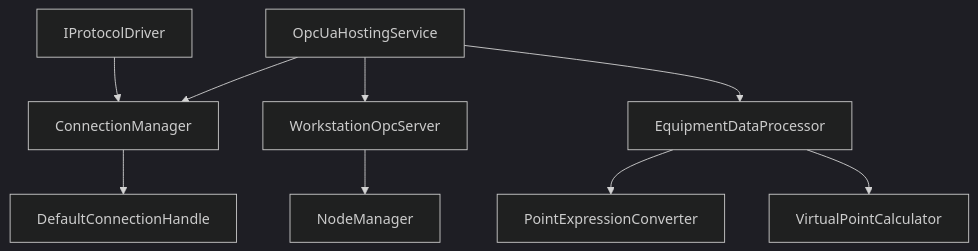
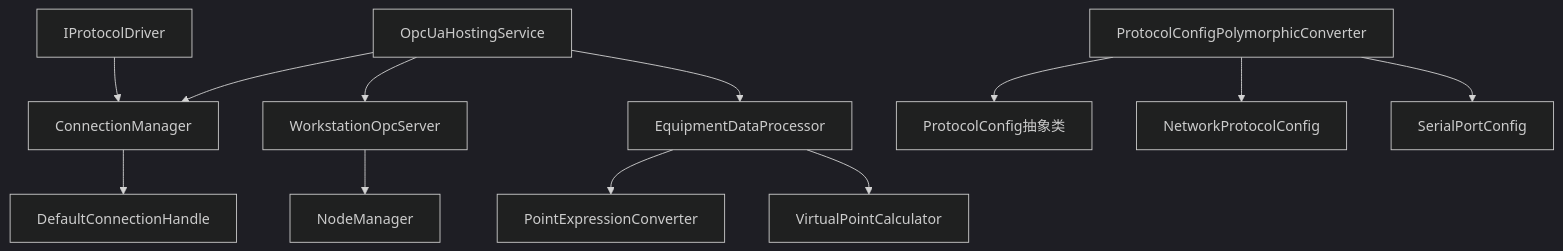
One commit to whitemousetl/IndustrialDataSolution changed the ninth of 9 diagrams in .qoder/repowiki/zh/content/基础设施层.md. Above: the diagram before and after it, drawn with Mermaid (dark theme). The commit also changed other lines of this file and 13 other files, not shown here.

````diff
--- a/.qoder/repowiki/zh/content/基础设施层.md
+++ b/.qoder/repowiki/zh/content/基础设施层.md
@@ -322,11 +380,14 @@
 ```mermaid
 graph TB
 CM["ConnectionManager"] --> CH["DefaultConnectionHandle"]
 PD["IProtocolDriver"] --> CM
 EDP["EquipmentDataProcessor"] --> PEC["PointExpressionConverter"]
 EDP --> VPC["VirtualPointCalculator"]
 OHS["OpcUaHostingService"] --> OPS["WorkstationOpcServer"]
 OPS --> NM["NodeManager"]
 OHS --> EDP
 OHS --> CM
+PC["ProtocolConfigPolymorphicConverter"] --> PCfg["ProtocolConfig抽象类"]
+PC --> NwCfg["NetworkProtocolConfig"]
+PC --> SrlCfg["SerialPortConfig"]
 ```
````
